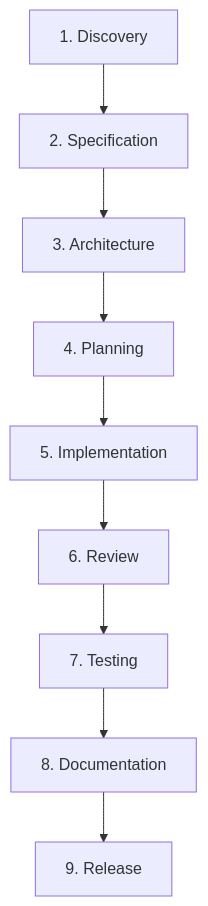
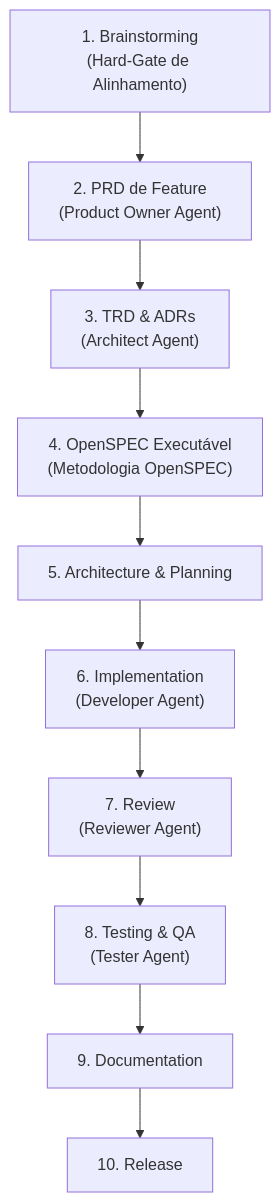
The diagram in README.md (Defendi/harness), drawn with Mermaid before and after one commit. The commit also changed other lines of this file and 1 other file, not shown here.

First line of the commit message:
docs(specification): synchronize formal engineering standard and readme with upstream pipeline and generic bootstrap

````diff
--- a/README.md
+++ b/README.md
@@ -204,11 +212,12 @@
 ```mermaid
 flowchart TD
-    Discovery["1. Discovery"] --> Specification["2. Specification"]
-    Specification --> Architecture["3. Architecture"]
-    Architecture --> Planning["4. Planning"]
-    Planning --> Implementation["5. Implementation"]
-    Implementation --> Review["6. Review"]
-    Review --> Testing["7. Testing"]
-    Testing --> Documentation["8. Documentation"]
-    Documentation --> Release["9. Release"]
+    Brainstorming["1. Brainstorming\n(Hard-Gate de Alinhamento)"] --> PRD["2. PRD de Feature\n(Product Owner Agent)"]
+    PRD --> TRD["3. TRD & ADRs\n(Architect Agent)"]
+    TRD --> OpenSPEC["4. OpenSPEC Executável\n(Metodologia OpenSPEC)"]
+    OpenSPEC --> Architecture["5. Architecture & Planning"]
+    Architecture --> Implementation["6. Implementation\n(Developer Agent)"]
+    Implementation --> Review["7. Review\n(Reviewer Agent)"]
+    Review --> Testing["8. Testing & QA\n(Tester Agent)"]
+    Testing --> Documentation["9. Documentation"]
+    Documentation --> Release["10. Release"]
 ```
````
